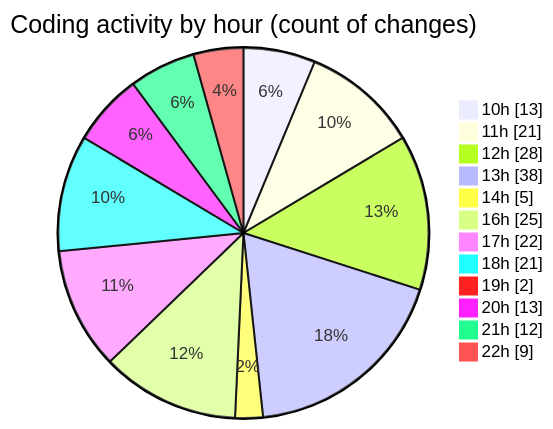
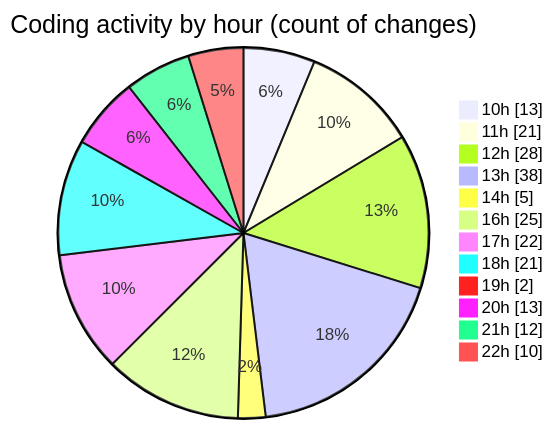
The second of 2 diagrams in 2025-06-19/cda/README.md (momahboobian/code-tracking), drawn with Mermaid before and after one commit. The commit also changed other lines of this file and 1 other file, not shown here.

````diff
--- a/2025-06-19/cda/README.md
+++ b/2025-06-19/cda/README.md
@@ -50,16 +50,16 @@
 ```mermaid
 pie showData
 title Coding activity by hour (count of changes)
 "10h" : 13
 "11h" : 21
 "12h" : 28
 "13h" : 38
 "14h" : 5
 "16h" : 25
 "17h" : 22
 "18h" : 21
 "19h" : 2
 "20h" : 13
 "21h" : 12
-"22h" : 9
+"22h" : 10
 ```
````
